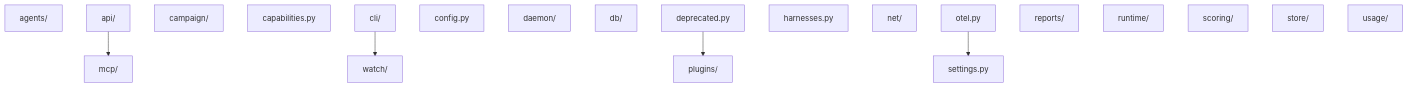
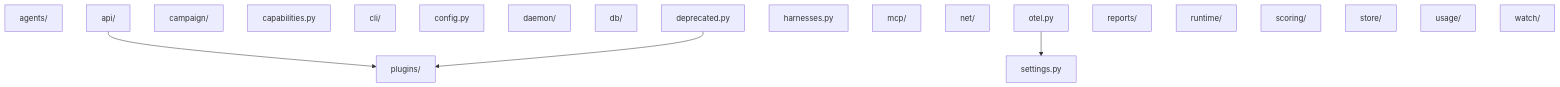
Before and after one commit to VatsaDev/piloop: the diagram in docs/snippets/generated/imports.mdx, drawn with Mermaid. The commit also changed other lines of this file and 108 other files, not shown here.

````diff
--- a/docs/snippets/generated/imports.mdx
+++ b/docs/snippets/generated/imports.mdx
@@ -3,28 +3,27 @@
 ```mermaid
 flowchart TB
     agents["agents/"]
     api["api/"]
     campaign["campaign/"]
     capabilities["capabilities.py"]
     cli["cli/"]
     config["config.py"]
     daemon["daemon/"]
     db["db/"]
     deprecated["deprecated.py"]
     harnesses["harnesses.py"]
     mcp["mcp/"]
     net["net/"]
     otel["otel.py"]
     plugins["plugins/"]
     reports["reports/"]
     runtime["runtime/"]
     scoring["scoring/"]
     settings["settings.py"]
     store["store/"]
     usage["usage/"]
     watch["watch/"]
-    api --> mcp
-    cli --> watch
+    api --> plugins
     deprecated --> plugins
     otel --> settings
 ```
````
